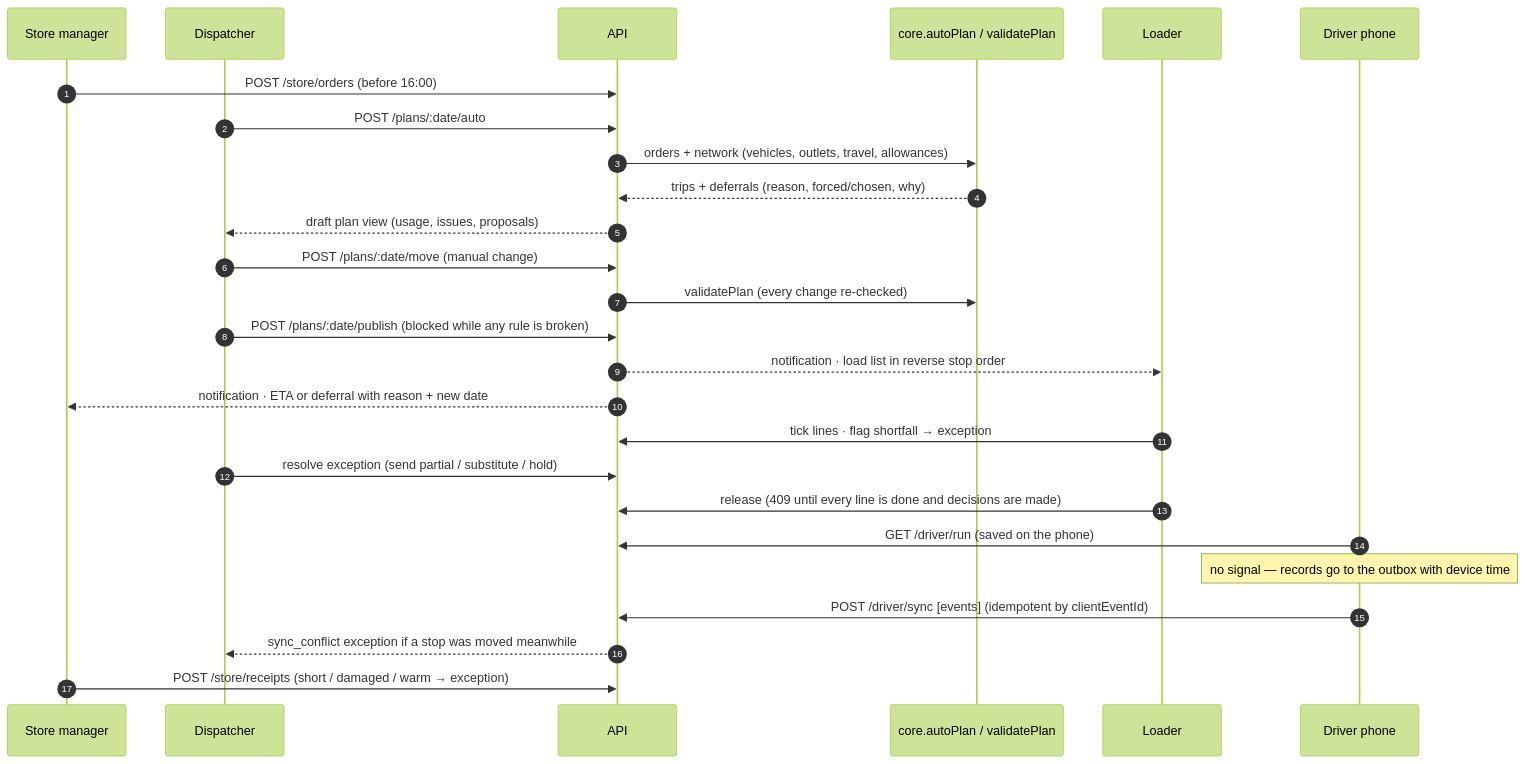
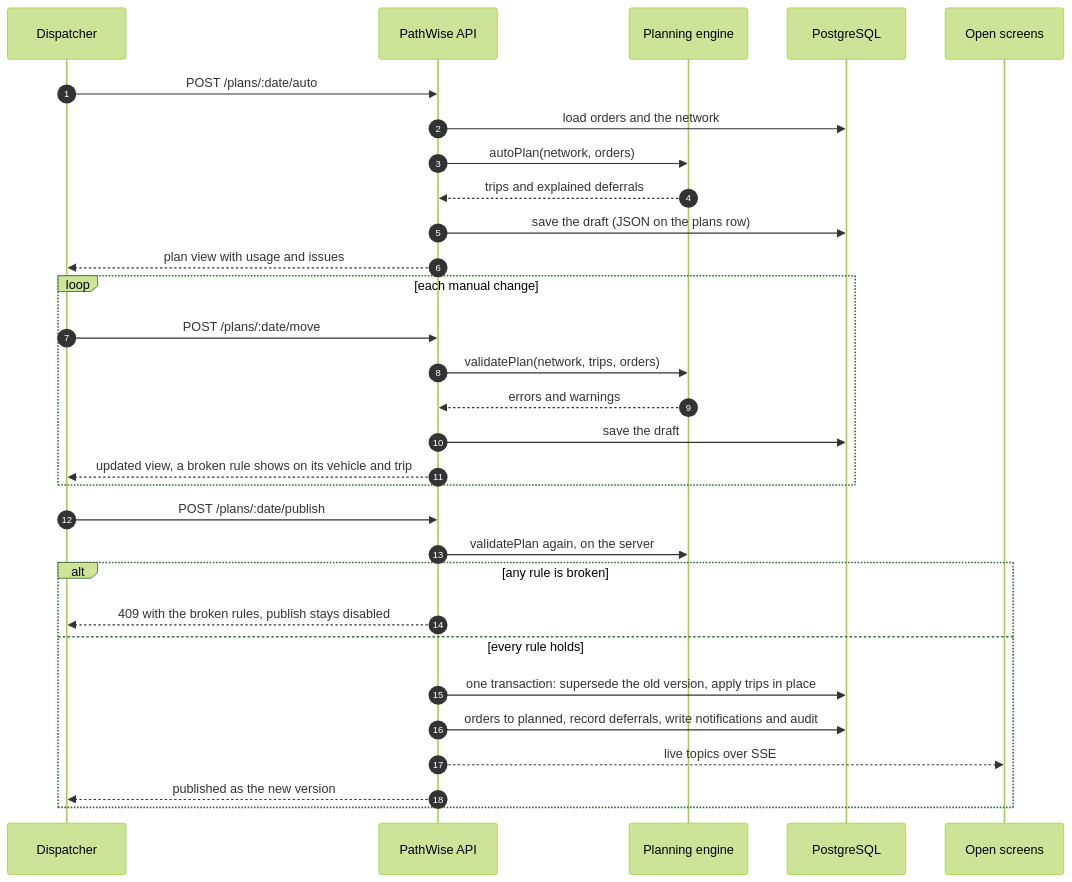
Before and after one commit to Asfack-Ahamath/Cipher_PathWise: diagram 12 of 22 in docs/architecture.md, drawn with Mermaid (forest theme). The commit also changed other lines of this file and 19 other files, not shown here.

````diff
--- a/docs/architecture.md
+++ b/docs/architecture.md
@@ -44,29 +568,33 @@
 ```mermaid
 sequenceDiagram
   autonumber
-  participant SM as Store manager
   participant DI as Dispatcher
-  participant API
-  participant ENG as core.autoPlan / validatePlan
-  participant LO as Loader
-  participant DR as Driver phone
+  participant API as PathWise API
+  participant ENG as Planning engine
+  participant DB as PostgreSQL
+  participant SC as Open screens
 
-  SM->>API: POST /store/orders (before 16:00)
   DI->>API: POST /plans/:date/auto
-  API->>ENG: orders + network (vehicles, outlets, travel, allowances)
-  ENG-->>API: trips + deferrals (reason, forced/chosen, why)
-  API-->>DI: draft plan view (usage, issues, proposals)
-  DI->>API: POST /plans/:date/move (manual change)
-  API->>ENG: validatePlan (every change re-checked)
-  DI->>API: POST /plans/:date/publish (blocked while any rule is broken)
-  API-->>LO: notification · load list in reverse stop order
-  API-->>SM: notification · ETA or deferral with reason + new date
-  LO->>API: tick lines · flag shortfall → exception
-  DI->>API: resolve exception (send partial / substitute / hold)
-  LO->>API: release (409 until every line is done and decisions are made)
-  DR->>API: GET /driver/run (saved on the phone)
-  Note over DR: no signal — records go to the outbox with device time
-  DR->>API: POST /driver/sync [events] (idempotent by clientEventId)
-  API-->>DI: sync_conflict exception if a stop was moved meanwhile
-  SM->>API: POST /store/receipts (short / damaged / warm → exception)
+  API->>DB: load orders and the network
+  API->>ENG: autoPlan(network, orders)
+  ENG-->>API: trips and explained deferrals
+  API->>DB: save the draft (JSON on the plans row)
+  API-->>DI: plan view with usage and issues
+  loop each manual change
+    DI->>API: POST /plans/:date/move
+    API->>ENG: validatePlan(network, trips, orders)
+    ENG-->>API: errors and warnings
+    API->>DB: save the draft
+    API-->>DI: updated view, a broken rule shows on its vehicle and trip
+  end
+  DI->>API: POST /plans/:date/publish
+  API->>ENG: validatePlan again, on the server
+  alt any rule is broken
+    API-->>DI: 409 with the broken rules, publish stays disabled
+  else every rule holds
+    API->>DB: one transaction: supersede the old version, apply trips in place
+    API->>DB: orders to planned, record deferrals, write notifications and audit
+    API-->>SC: live topics over SSE
+    API-->>DI: published as the new version
+  end
 ```
````
